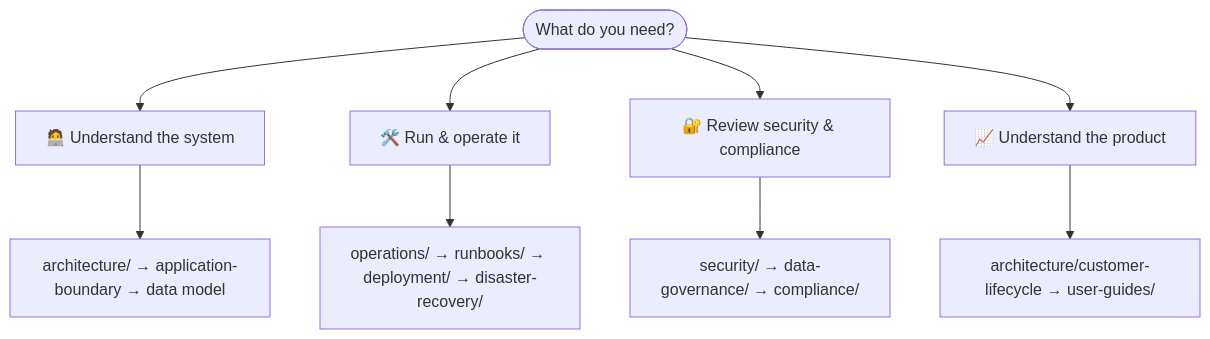
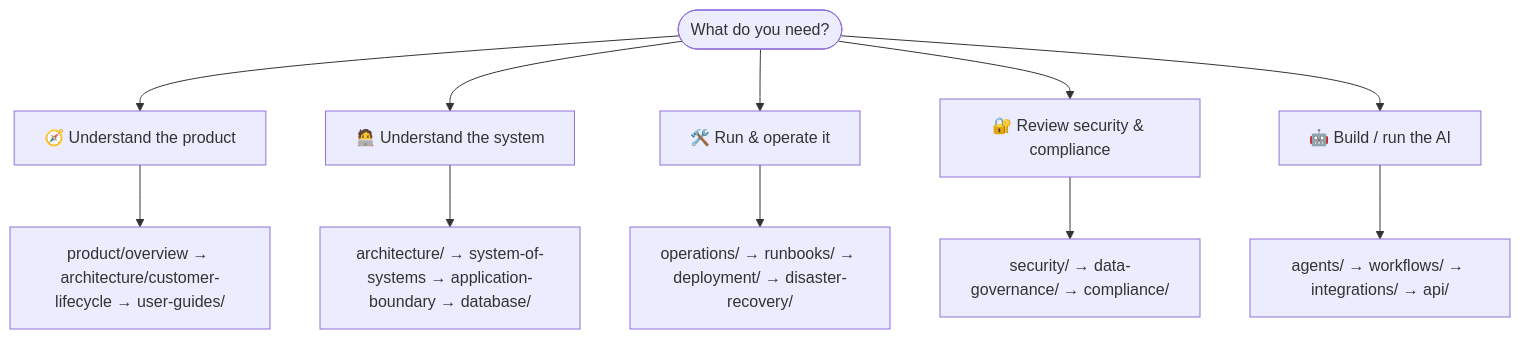
The second of 3 diagrams in docs/README.md (markdconnelly/ImperionCRM), drawn with Mermaid before and after one commit. The commit also changed other lines of this file and 5 other files, not shown here.

````diff
--- a/docs/README.md
+++ b/docs/README.md
@@ -21,12 +43,14 @@
 ```mermaid
 flowchart TD
-    START(["What do you need?"]) --> ENG["🧑‍💻 Understand the system"]
+    START(["What do you need?"]) --> WHAT["🧭 Understand the product"]
+    START --> ENG["🧑‍💻 Understand the system"]
     START --> RUN["🛠️ Run &amp; operate it"]
     START --> SEC["🔐 Review security &amp; compliance"]
-    START --> PROD["📈 Understand the product"]
+    START --> AI2["🤖 Build / run the AI"]
 
-    ENG --> ENG1["architecture/ → application-boundary → data model"]
+    WHAT --> WHAT1["product/overview → architecture/customer-lifecycle → user-guides/"]
+    ENG --> ENG1["architecture/ → system-of-systems → application-boundary → database/"]
     RUN --> RUN1["operations/ → runbooks/ → deployment/ → disaster-recovery/"]
     SEC --> SEC1["security/ → data-governance/ → compliance/"]
-    PROD --> PROD1["architecture/customer-lifecycle → user-guides/"]
+    AI2 --> AI3["agents/ → workflows/ → integrations/ → api/"]
 ```
````
